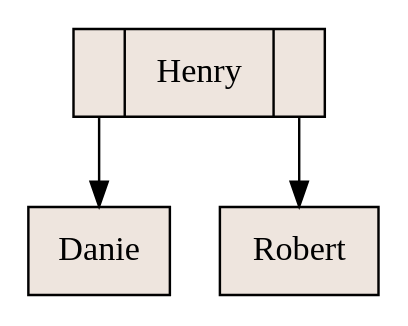
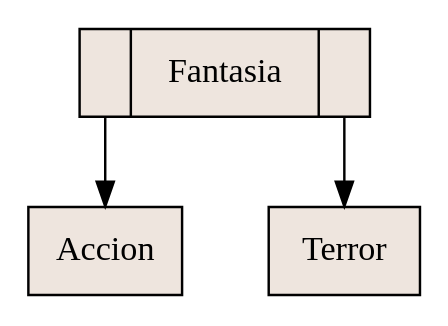
The diagram in Proyecto2_EDD/graficas/aux_grafico.dot (RoberttHernan/EDD_1S2020_PY2_201700870), drawn with Graphviz before and after one commit. The commit also changed 20 other files, not shown here.

```diff
--- a/Proyecto2_EDD/graficas/aux_grafico.dot
+++ b/Proyecto2_EDD/graficas/aux_grafico.dot
@@ -1,9 +1,9 @@
 digraph grafica{
 rankdir=TB;
 node [shape = record, style=filled, fillcolor=seashell2];
-nodo2 [ label ="<C0>|Henry|<C1>"];
-nodo3 [ label ="Danie"];
-nodo2:C0->nodo3
-nodo1 [ label ="Robert"];
-nodo2:C1->nodo1
+nodo3 [ label ="<C0>|Fantasia|<C1>"];
+nodo2 [ label ="Accion"];
+nodo3:C0->nodo2
+nodo1 [ label ="Terror"];
+nodo3:C1->nodo1
 }
```
